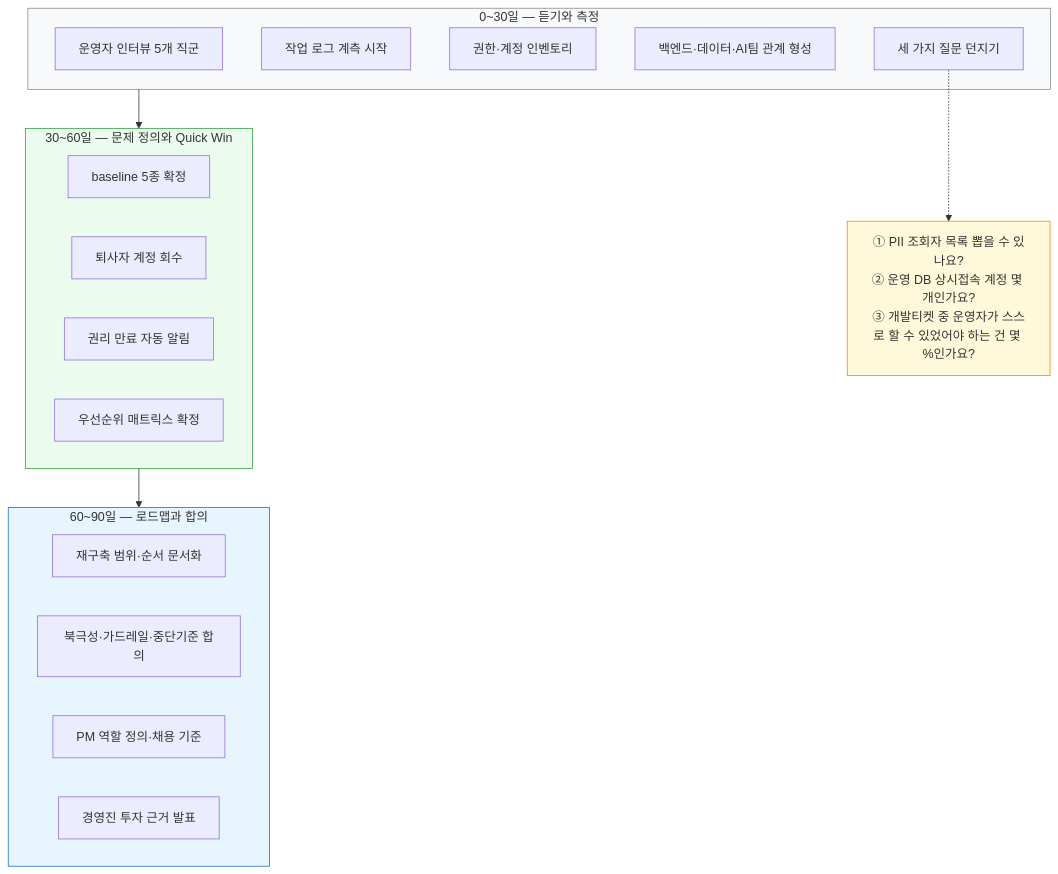
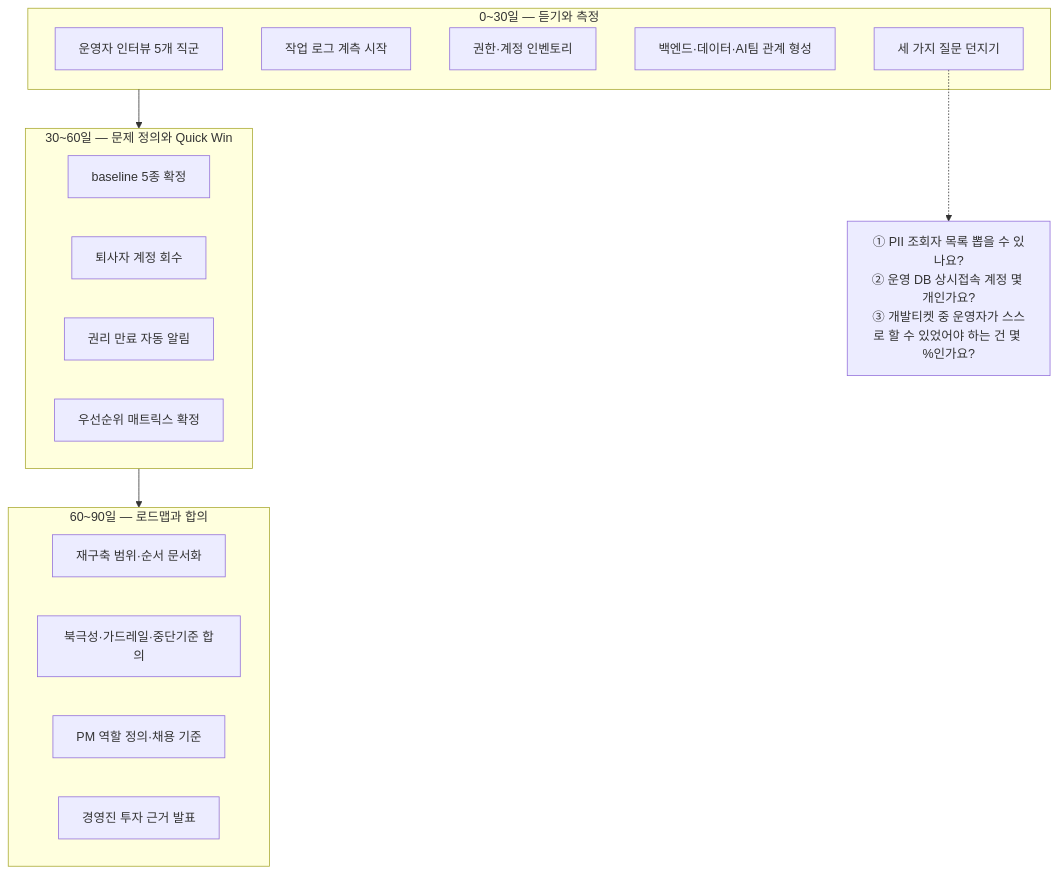
The sixth of 7 diagrams in pages/product-lead-loadmap/00_허브.md (withwooyong/withwooyong.github.io), drawn with Mermaid before and after one commit. The commit also changed other lines of this file and 16 other files, not shown here.

````diff
--- a/pages/product-lead-loadmap/00_허브.md
+++ b/pages/product-lead-loadmap/00_허브.md
@@ -300,33 +338,28 @@
 ```mermaid
-flowchart TB
+flowchart TD
     subgraph D30["0~30일 — 듣기와 측정"]
         A1["운영자 인터뷰 5개 직군"]
         A2["작업 로그 계측 시작"]
         A3["권한·계정 인벤토리"]
         A4["백엔드·데이터·AI팀 관계 형성"]
         A5["세 가지 질문 던지기"]
     end
 
     subgraph D60["30~60일 — 문제 정의와 Quick Win"]
         B1["baseline 5종 확정"]
         B2["퇴사자 계정 회수"]
         B3["권리 만료 자동 알림"]
         B4["우선순위 매트릭스 확정"]
     end
 
     subgraph D90["60~90일 — 로드맵과 합의"]
         C1["재구축 범위·순서 문서화"]
         C2["북극성·가드레일·중단기준 합의"]
         C3["PM 역할 정의·채용 기준"]
         C4["경영진 투자 근거 발표"]
     end
 
     D30 --> D60 --> D90
 
     A5 -.-> Q["① PII 조회자 목록 뽑을 수 있나요?<br/>② 운영 DB 상시접속 계정 몇 개인가요?<br/>③ 개발티켓 중 운영자가 스스로 할 수 있었어야 하는 건 몇 %인가요?"]
-
-    style D30 fill:#f8f9fa,stroke:#868e96
-    style D60 fill:#ebfbee,stroke:#2f9e44
-    style D90 fill:#e7f5ff,stroke:#1971c2
-    style Q fill:#fff9db,stroke:#f08c00
 ```
````
